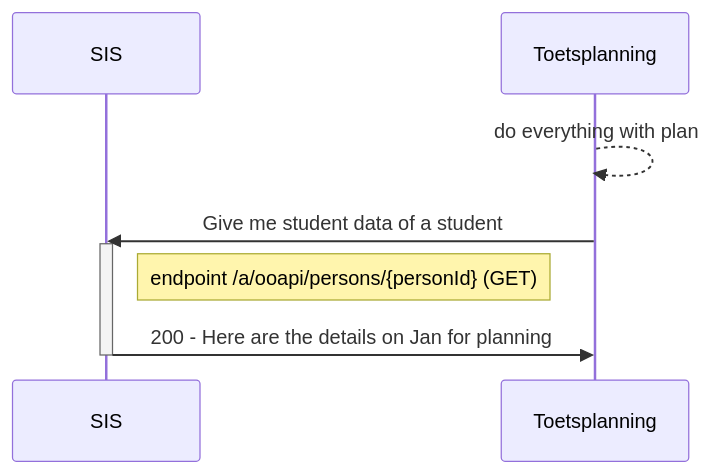
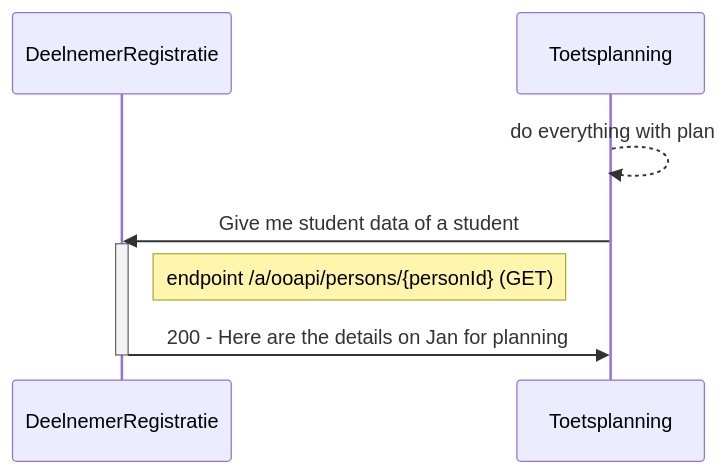
The fifth of 5 diagrams in doc/flow1.md (NetwerkExamineringDigitalisering/NED-OOAPI), drawn with Mermaid before and after one commit. The commit also changed other lines of this file, not shown here.

````diff
--- a/doc/flow1.md
+++ b/doc/flow1.md
@@ -261,12 +261,12 @@
 ```mermaid
 
 sequenceDiagram
-    participant SIS
+    participant DeelnemerRegistratie
     participant Toetsplanning
     Toetsplanning-->>Toetsplanning: do everything with plan
-    Toetsplanning->>SIS : Give me student data of a student 
-    activate SIS
-    Note right of SIS: endpoint /a/ooapi/persons/{personId} (GET)
-    SIS->>Toetsplanning : 200 - Here are the details on Jan for planning
-    deactivate SIS
+    Toetsplanning->>DeelnemerRegistratie : Give me student data of a student 
+    activate DeelnemerRegistratie
+    Note right of DeelnemerRegistratie: endpoint /a/ooapi/persons/{personId} (GET)
+    DeelnemerRegistratie->>Toetsplanning : 200 - Here are the details on Jan for planning
+    deactivate DeelnemerRegistratie
 ```
````
